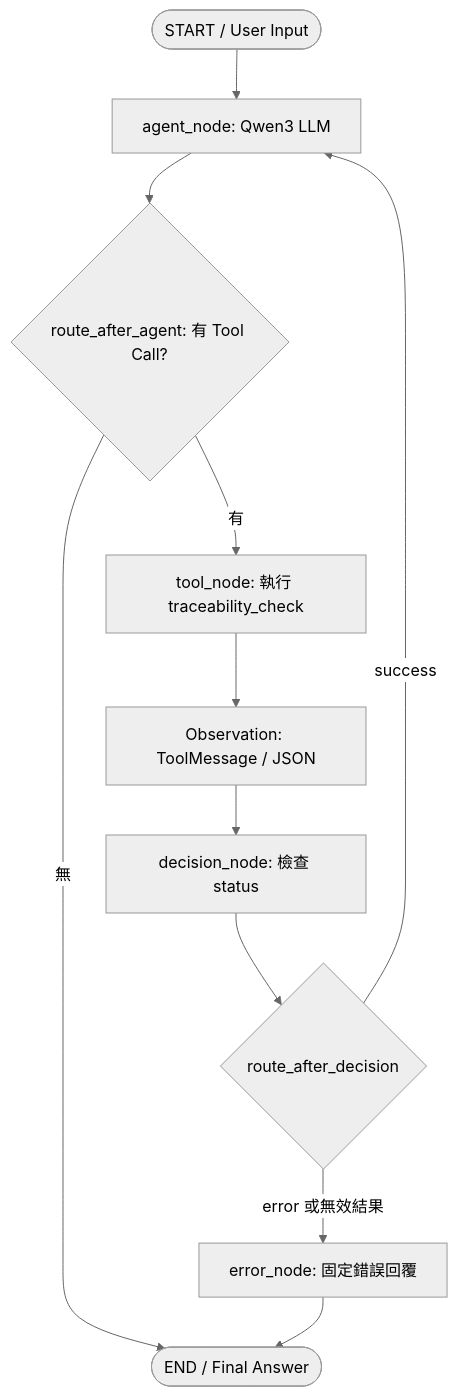
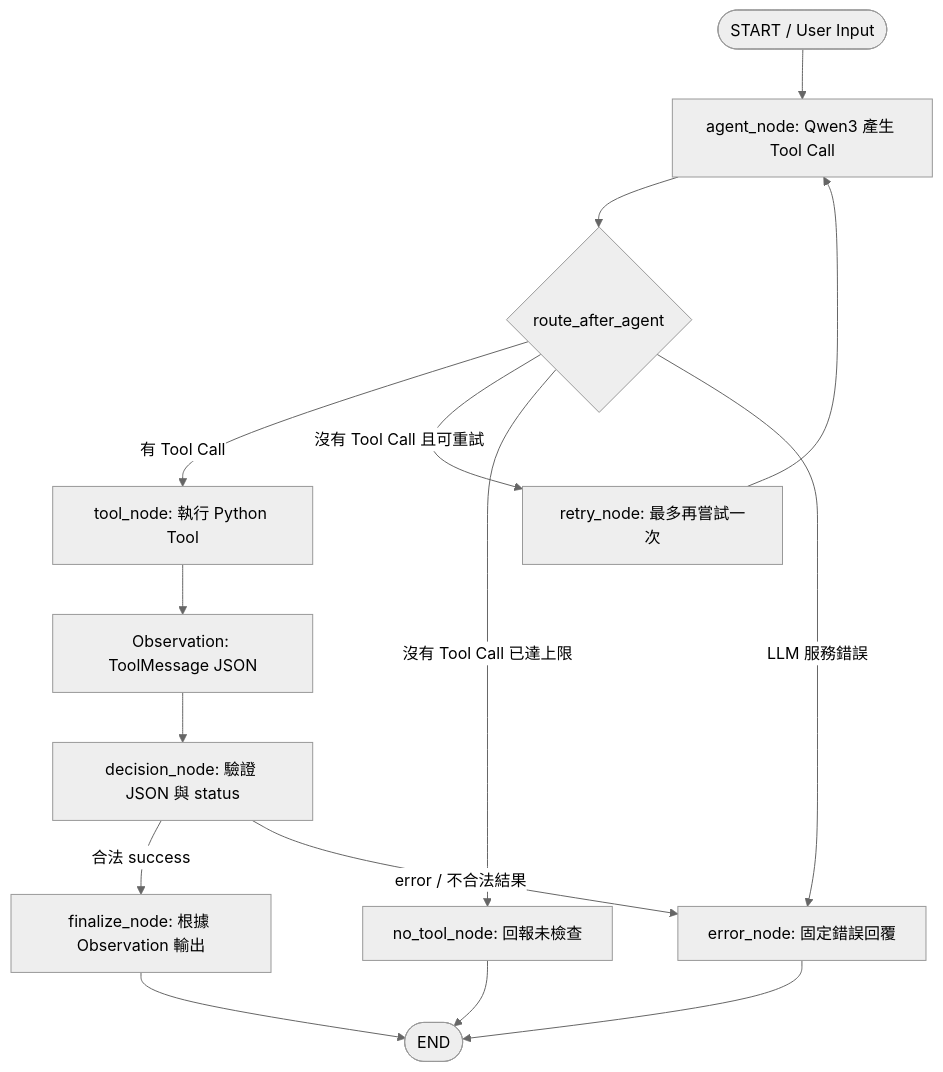
Before and after one commit to Lincoln951753/ISO26262_AI_Agent: the diagram in README.md, drawn with Mermaid (neutral theme). The commit also changed other lines of this file and 10 other files, not shown here.

````diff
--- a/README.md
+++ b/README.md
@@ -111,13 +116,17 @@
 ```mermaid
 flowchart TD
-    START([START / User Input]) --> A[agent_node: Qwen3 LLM]
-    A --> B{route_after_agent: 有 Tool Call?}
-    B -->|有| C[tool_node: 執行 traceability_check]
-    B -->|無| END([END / Final Answer])
-    C --> O[Observation: ToolMessage / JSON]
-    O --> D[decision_node: 檢查 status]
-    D --> E{route_after_decision}
-    E -->|success| A
-    E -->|error 或無效結果| F[error_node: 固定錯誤回覆]
-    F --> END
+    S([START / User Input]) --> A[agent_node: Qwen3 產生 Tool Call]
+    A --> R{route_after_agent}
+    R -->|有 Tool Call| T[tool_node: 執行 Python Tool]
+    R -->|沒有 Tool Call 且可重試| X[retry_node: 最多再嘗試一次]
+    X --> A
+    R -->|沒有 Tool Call 已達上限| N[no_tool_node: 回報未檢查]
+    R -->|LLM 服務錯誤| E[error_node: 固定錯誤回覆]
+    T --> O[Observation: ToolMessage JSON]
+    O --> D[decision_node: 驗證 JSON 與 status]
+    D -->|合法 success| F[finalize_node: 根據 Observation 輸出]
+    D -->|error / 不合法結果| E
+    F --> Z([END])
+    N --> Z
+    E --> Z
 ```
````
